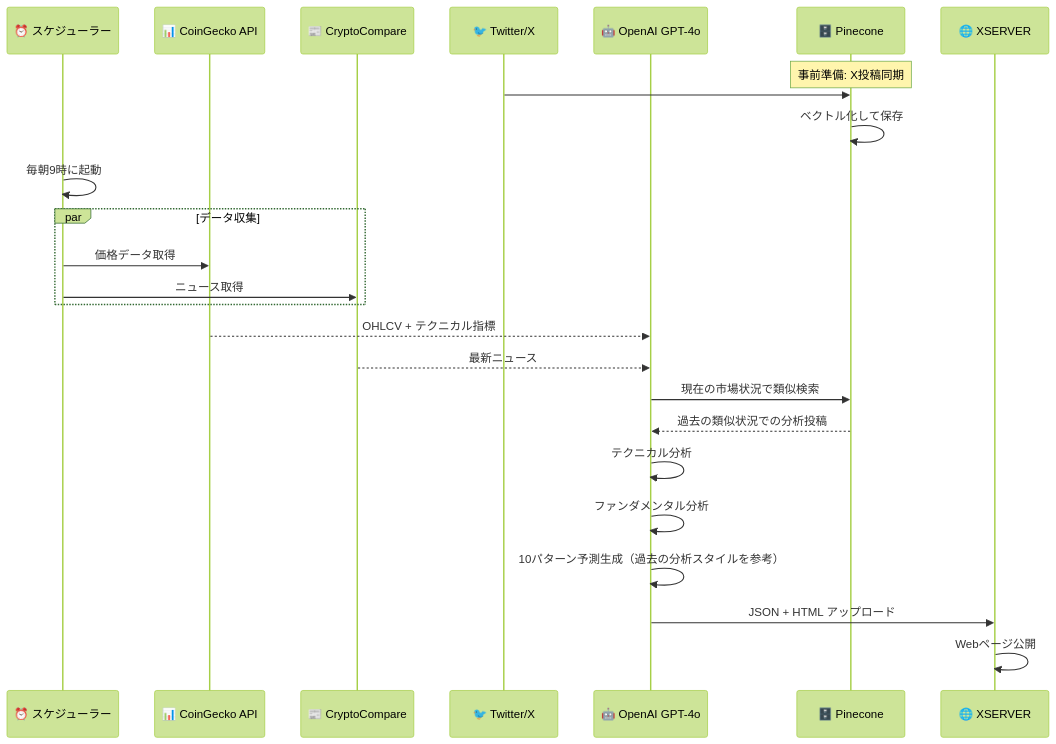
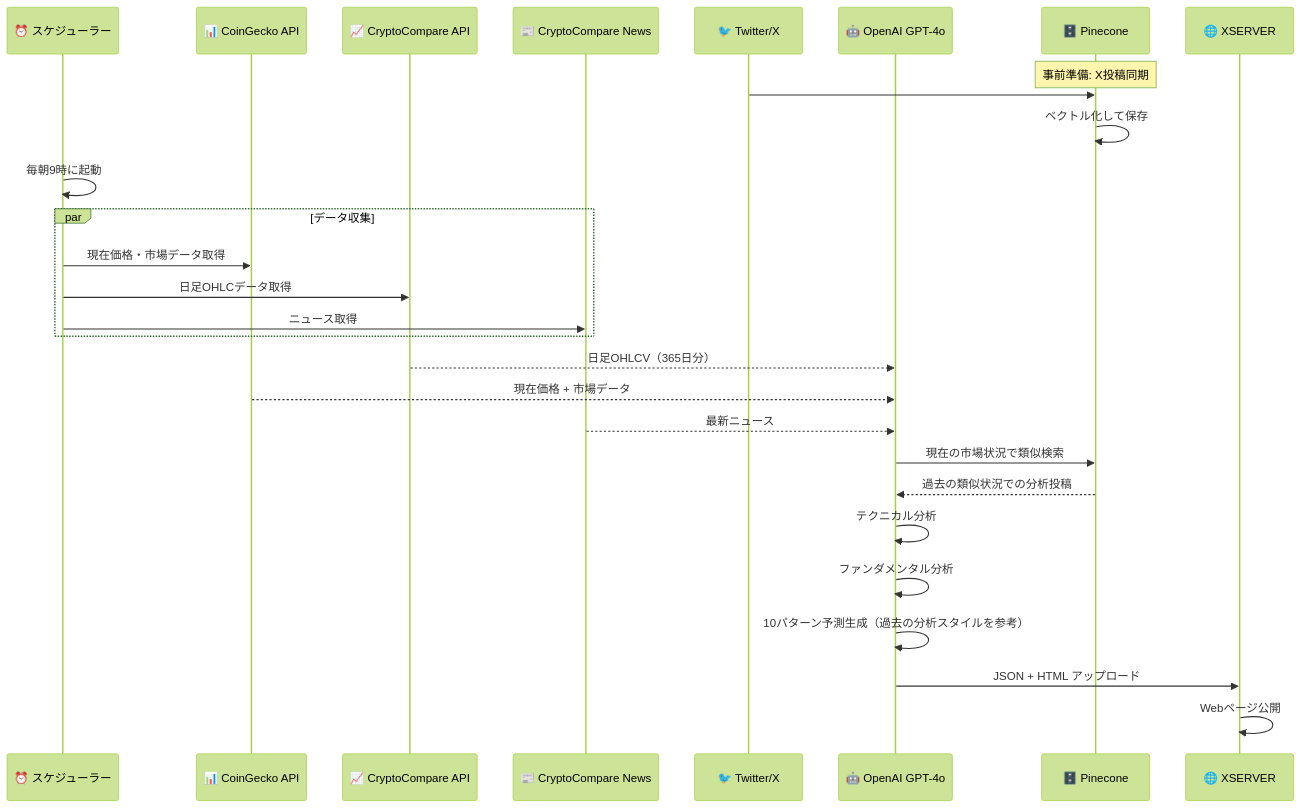
Before and after one commit to office8-inc/btc-investment-strategy: the second of 3 diagrams in .github/README.md, drawn with Mermaid (forest theme). The commit also changed other lines of this file and 5 other files, not shown here.

````diff
--- a/.github/README.md
+++ b/.github/README.md
@@ -73,34 +73,37 @@
 ```mermaid
 sequenceDiagram
     participant Scheduler as ⏰ スケジューラー
     participant CoinGecko as 📊 CoinGecko API
-    participant News as 📰 CryptoCompare
+    participant CryptoCompare as 📈 CryptoCompare API
+    participant News as 📰 CryptoCompare News
     participant Twitter as 🐦 Twitter/X
     participant AI as 🤖 OpenAI GPT-4o
     participant Pinecone as 🗄️ Pinecone
     participant XSERVER as 🌐 XSERVER
 
     Note over Pinecone: 事前準備: X投稿同期
     Twitter->>Pinecone: #ビットコイン投稿を定期同期
     Pinecone->>Pinecone: ベクトル化して保存
 
     Scheduler->>Scheduler: 毎朝9時に起動
     
     par データ収集
-        Scheduler->>CoinGecko: 価格データ取得
+        Scheduler->>CoinGecko: 現在価格・市場データ取得
+        Scheduler->>CryptoCompare: 日足OHLCデータ取得
         Scheduler->>News: ニュース取得
     end
     
-    CoinGecko-->>AI: OHLCV + テクニカル指標
+    CryptoCompare-->>AI: 日足OHLCV（365日分）
+    CoinGecko-->>AI: 現在価格 + 市場データ
     News-->>AI: 最新ニュース
     
     AI->>Pinecone: 現在の市場状況で類似検索
     Pinecone-->>AI: 過去の類似状況での分析投稿
     
     AI->>AI: テクニカル分析
     AI->>AI: ファンダメンタル分析
     AI->>AI: 10パターン予測生成（過去の分析スタイルを参考）
     
     AI->>XSERVER: JSON + HTML アップロード
     XSERVER->>XSERVER: Webページ公開
 ```
````
